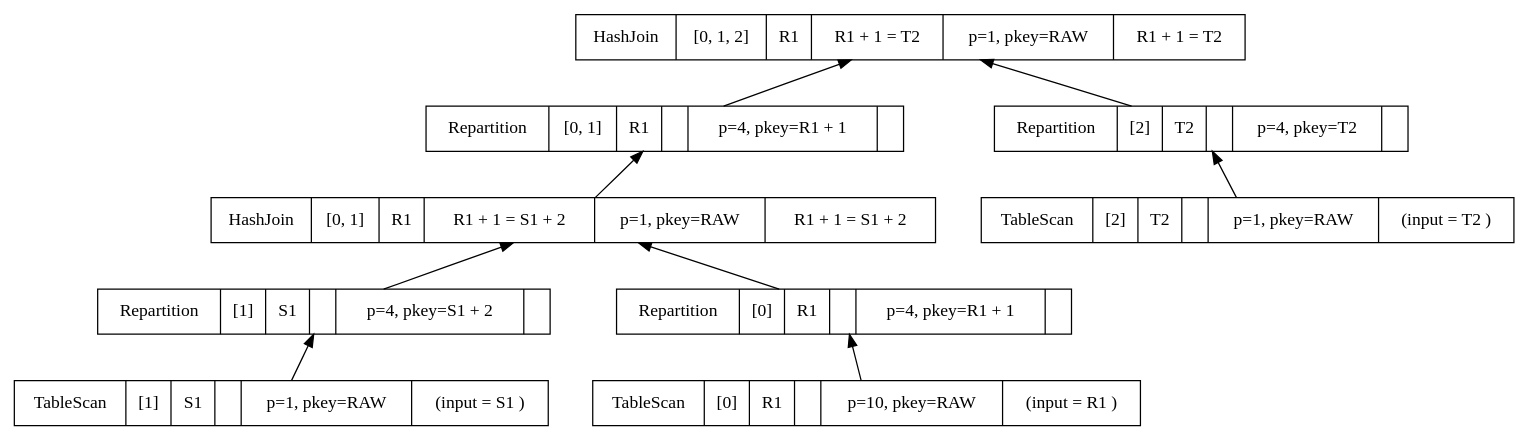
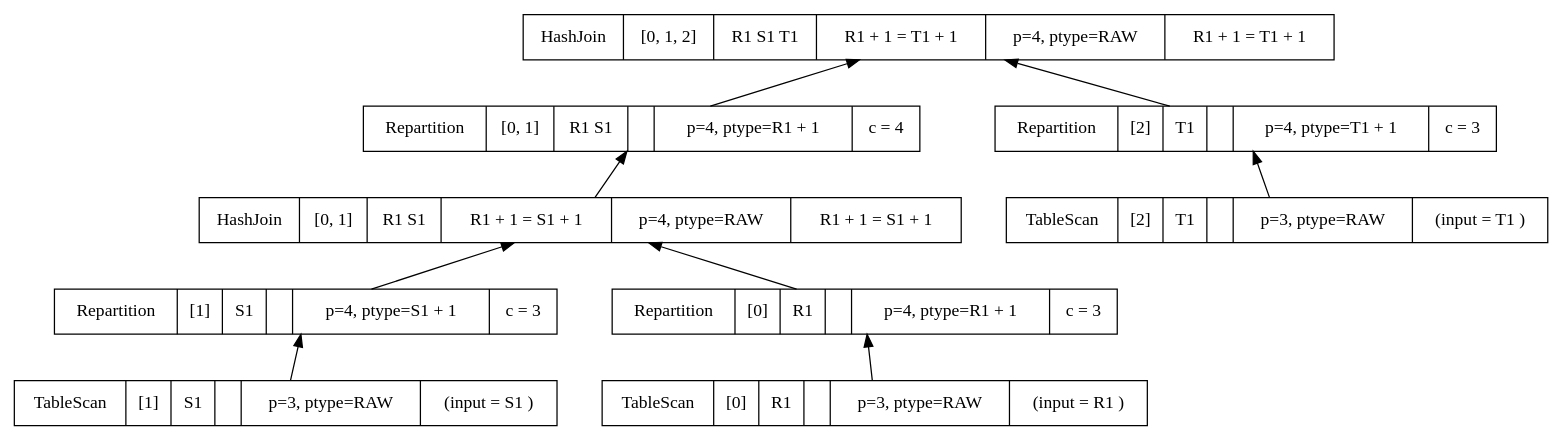
One commit to adarshpannu/kona changed the diagram in lop.dot. Above: the diagram before and after it, drawn with Graphviz. The commit also changed 20 other files, not shown here.

```diff
--- a/lop.dot
+++ b/lop.dot
@@ -1,23 +1,23 @@
 digraph example1 {
     node [shape=record];
     rankdir=BT;
     nodesep=0.5;
     ordering="in";
     lopkeyLOPKey8v1 -> lopkeyLOPKey9v1;
     lopkeyLOPKey6v1 -> lopkeyLOPKey8v1;
     lopkeyLOPKey5v1 -> lopkeyLOPKey6v1;
     lopkeyLOPKey2v1 -> lopkeyLOPKey5v1;
-    lopkeyLOPKey2v1[label="TableScan|[1]|S1 |{}|p=1, pkey=RAW|(input = S1 )"];
-    lopkeyLOPKey5v1[label="Repartition|[1]|S1 |{}|p=4, pkey=S1 + 2|"];
+    lopkeyLOPKey2v1[label="TableScan|[1]|S1 |{}|p=3, ptype=RAW|(input = S1 )"];
+    lopkeyLOPKey5v1[label="Repartition|[1]|S1 |{}|p=4, ptype=S1 + 1|c = 3"];
     lopkeyLOPKey4v1 -> lopkeyLOPKey6v1;
     lopkeyLOPKey1v1 -> lopkeyLOPKey4v1;
-    lopkeyLOPKey1v1[label="TableScan|[0]|R1 |{}|p=10, pkey=RAW|(input = R1 )"];
-    lopkeyLOPKey4v1[label="Repartition|[0]|R1 |{}|p=4, pkey=R1 + 1|"];
-    lopkeyLOPKey6v1[label="HashJoin|[0, 1]|R1 |{R1 + 1 = S1 + 2}|p=1, pkey=RAW|{R1 + 1 = S1 + 2}"];
-    lopkeyLOPKey8v1[label="Repartition|[0, 1]|R1 |{}|p=4, pkey=R1 + 1|"];
+    lopkeyLOPKey1v1[label="TableScan|[0]|R1 |{}|p=3, ptype=RAW|(input = R1 )"];
+    lopkeyLOPKey4v1[label="Repartition|[0]|R1 |{}|p=4, ptype=R1 + 1|c = 3"];
+    lopkeyLOPKey6v1[label="HashJoin|[0, 1]|R1 S1 |{R1 + 1 = S1 + 1}|p=4, ptype=RAW|{R1 + 1 = S1 + 1}"];
+    lopkeyLOPKey8v1[label="Repartition|[0, 1]|R1 S1 |{}|p=4, ptype=R1 + 1|c = 4"];
     lopkeyLOPKey7v1 -> lopkeyLOPKey9v1;
     lopkeyLOPKey3v1 -> lopkeyLOPKey7v1;
-    lopkeyLOPKey3v1[label="TableScan|[2]|T2 |{}|p=1, pkey=RAW|(input = T2 )"];
-    lopkeyLOPKey7v1[label="Repartition|[2]|T2 |{}|p=4, pkey=T2|"];
-    lopkeyLOPKey9v1[label="HashJoin|[0, 1, 2]|R1 |{R1 + 1 = T2}|p=1, pkey=RAW|{R1 + 1 = T2}"];
+    lopkeyLOPKey3v1[label="TableScan|[2]|T1 |{}|p=3, ptype=RAW|(input = T1 )"];
+    lopkeyLOPKey7v1[label="Repartition|[2]|T1 |{}|p=4, ptype=T1 + 1|c = 3"];
+    lopkeyLOPKey9v1[label="HashJoin|[0, 1, 2]|R1 S1 T1 |{R1 + 1 = T1 + 1}|p=4, ptype=RAW|{R1 + 1 = T1 + 1}"];
 }
```
